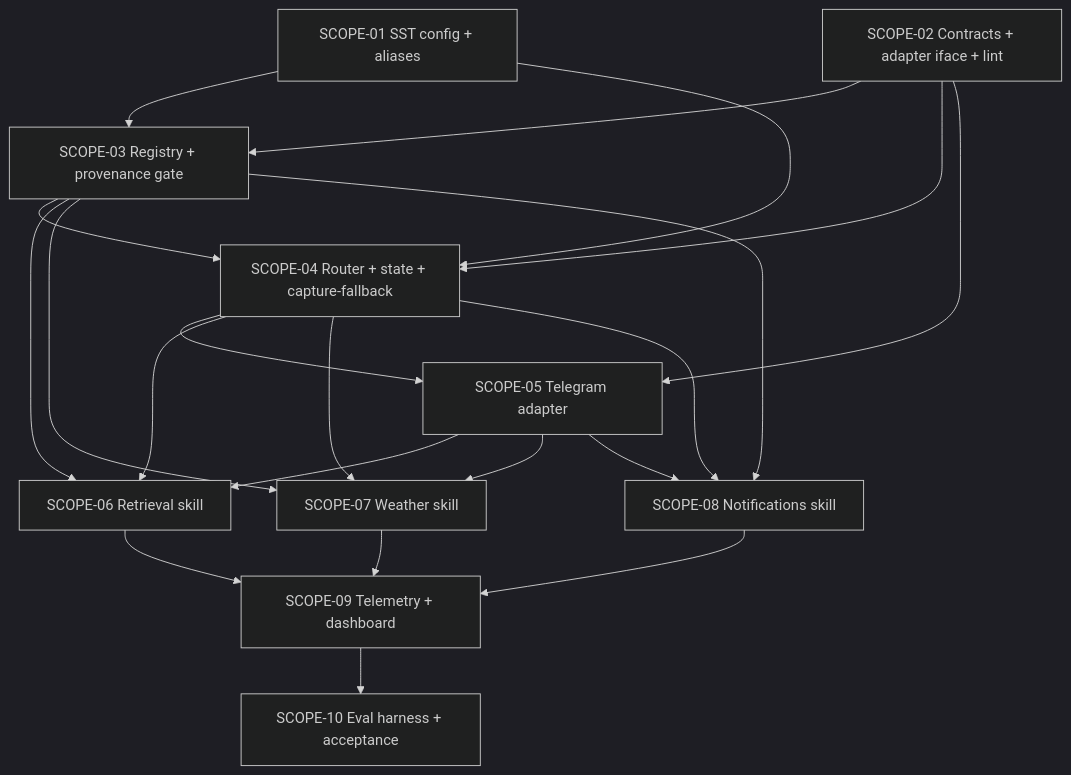
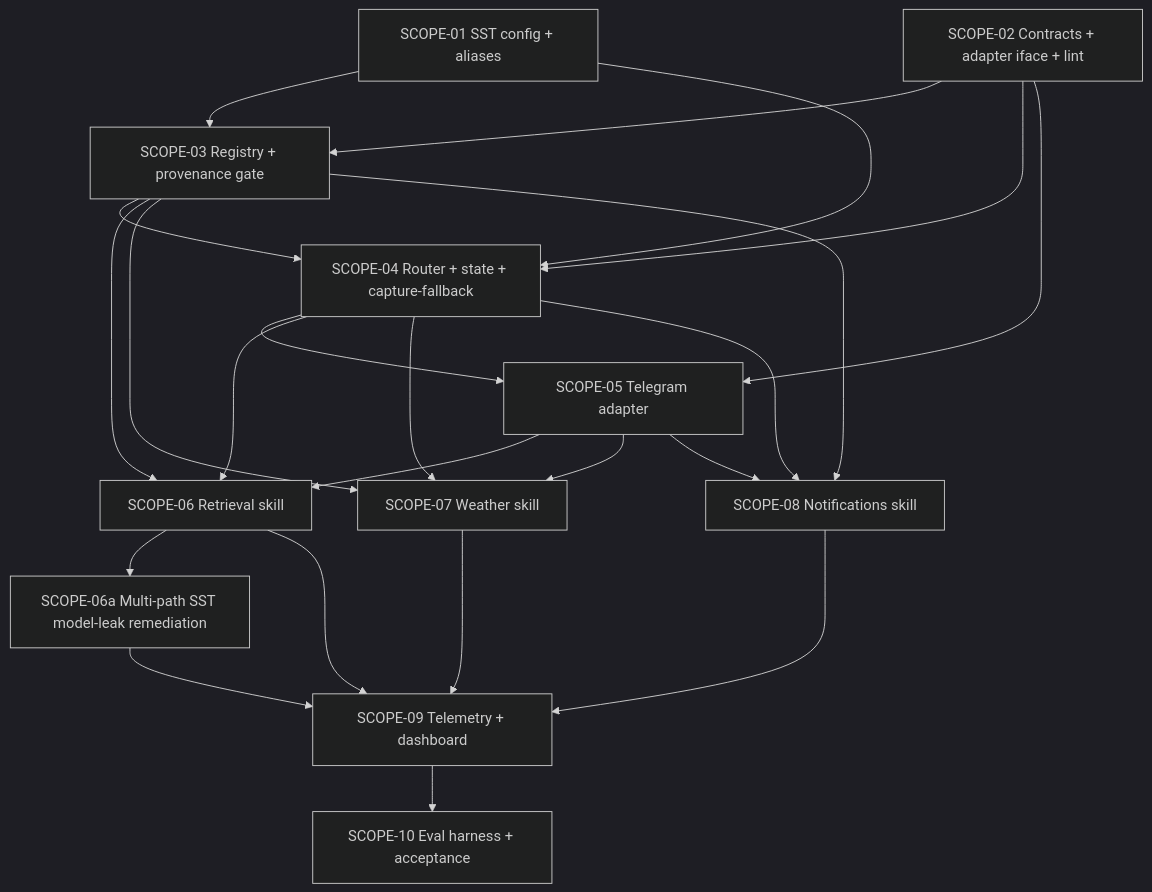
One commit to pkirsanov/smackerel changed the diagram in specs/061-conversational-assistant/scopes.md. Above: the diagram before and after it, drawn with Mermaid (dark theme). The commit also changed other lines of this file and 13 other files, not shown here.

````diff
--- a/specs/061-conversational-assistant/scopes.md
+++ b/specs/061-conversational-assistant/scopes.md
@@ -140,34 +140,36 @@
 ```mermaid
 graph TD
   S01[SCOPE-01 SST config + aliases]
   S02[SCOPE-02 Contracts + adapter iface + lint]
   S03[SCOPE-03 Registry + provenance gate]
   S04[SCOPE-04 Router + state + capture-fallback]
   S05[SCOPE-05 Telegram adapter]
   S06[SCOPE-06 Retrieval skill]
   S07[SCOPE-07 Weather skill]
   S08[SCOPE-08 Notifications skill]
   S09[SCOPE-09 Telemetry + dashboard]
   S10[SCOPE-10 Eval harness + acceptance]
 
   S01 --> S03
   S01 --> S04
   S02 --> S03
   S02 --> S04
   S02 --> S05
   S03 --> S04
   S03 --> S06
   S03 --> S07
   S03 --> S08
   S04 --> S05
   S04 --> S06
   S04 --> S07
   S04 --> S08
   S05 --> S06
   S05 --> S07
   S05 --> S08
+  S06 --> S06a[SCOPE-06a Multi-path SST model-leak remediation]
+  S06a --> S09
   S06 --> S09
   S07 --> S09
   S08 --> S09
   S09 --> S10
 ```
````
